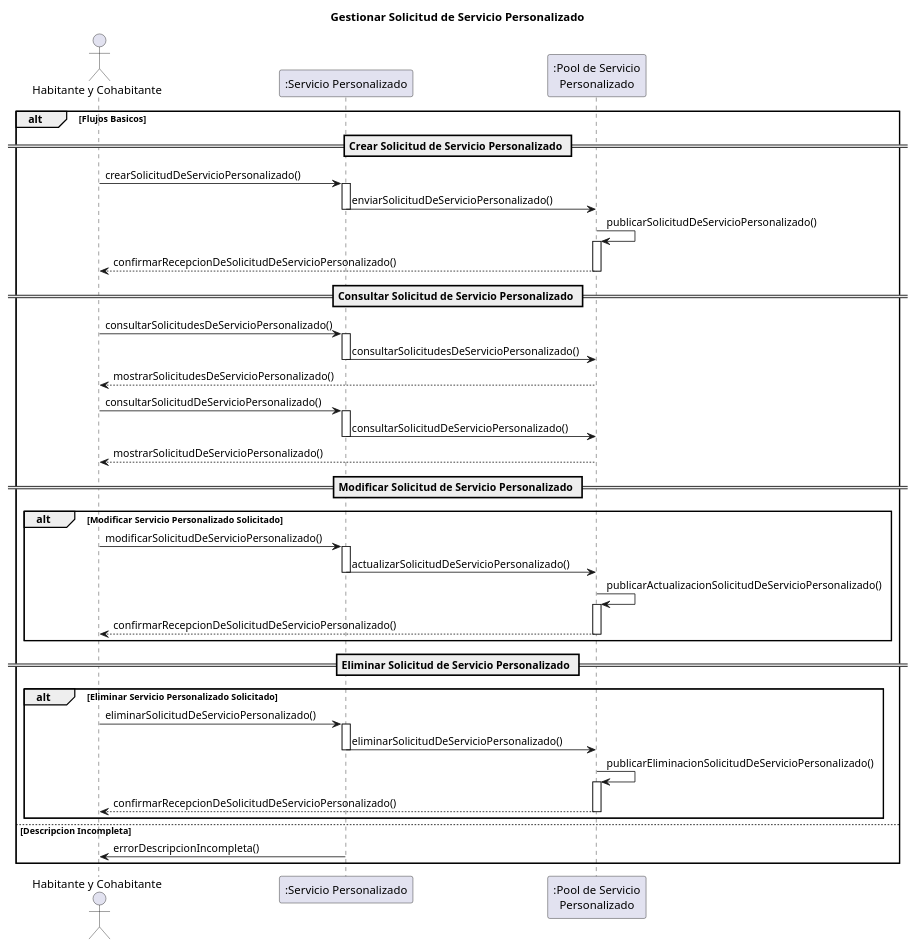
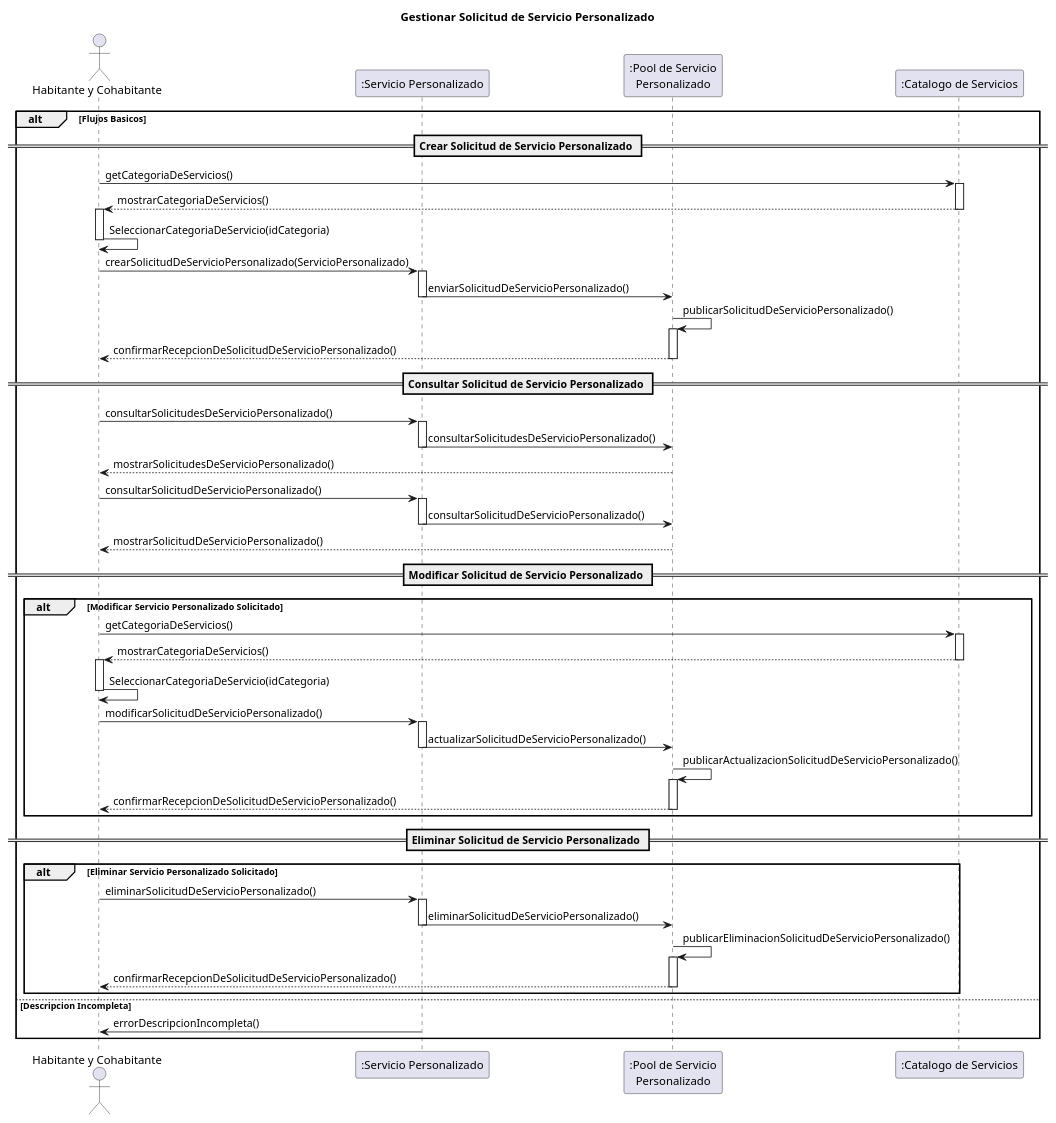
The diagram in docs/src/usecases/CU16/SD16.wsd (UPSA-Projects/docs-condominio), drawn with PlantUML before and after one commit. The commit also changed 4 other files, not shown here.

Commit message:
Crando el CD, pero problema con el habitante, ya que el no tiene como objecto la capacidad de crear

```diff
--- a/docs/src/usecases/CU16/SD16.wsd
+++ b/docs/src/usecases/CU16/SD16.wsd
@@ -1,69 +1,84 @@
 @startuml
 
 title Gestionar Solicitud de Servicio Personalizado
 
 actor "Habitante y Cohabitante" as Habitante
 
 participant ":Servicio Personalizado" as Servicio
 participant ":Pool de Servicio\nPersonalizado" as Pool
+participant ":Catalogo de Servicios" as Catalogo
 
 alt Flujos Basicos
 ' CREAR
     == Crear Solicitud de Servicio Personalizado ==
-    Habitante -> Servicio : crearSolicitudDeServicioPersonalizado()
+    Habitante -> Catalogo : getCategoriaDeServicios()
+    activate Catalogo
+    Catalogo --> Habitante : mostrarCategoriaDeServicios()
+    deactivate Catalogo
+    activate Habitante
+    Habitante -> Habitante : SeleccionarCategoriaDeServicio(idCategoria)
+    deactivate Habitante
+    Habitante -> Servicio : crearSolicitudDeServicioPersonalizado(ServicioPersonalizado)
     activate Servicio
     Servicio -> Pool : enviarSolicitudDeServicioPersonalizado()
     deactivate Servicio
     Pool -> Pool : publicarSolicitudDeServicioPersonalizado()
     activate Pool
     Pool --> Habitante : confirmarRecepcionDeSolicitudDeServicioPersonalizado()
     deactivate Pool
 
     ' QUERY
     == Consultar Solicitud de Servicio Personalizado ==
     Habitante -> Servicio : consultarSolicitudesDeServicioPersonalizado()
     activate Servicio
     Servicio -> Pool : consultarSolicitudesDeServicioPersonalizado()
     deactivate Servicio
     Pool --> Habitante : mostrarSolicitudesDeServicioPersonalizado()
     deactivate Pool
 
     Habitante -> Servicio : consultarSolicitudDeServicioPersonalizado()
     activate Servicio
     Servicio -> Pool : consultarSolicitudDeServicioPersonalizado()
     deactivate Servicio
     Pool --> Habitante : mostrarSolicitudDeServicioPersonalizado()
     deactivate Pool
 
 
 
     ' CAMINOS ALTERNATIVO
     == Modificar Solicitud de Servicio Personalizado ==
     alt Modificar Servicio Personalizado Solicitado
+        Habitante -> Catalogo : getCategoriaDeServicios()
+        activate Catalogo
+        Catalogo --> Habitante : mostrarCategoriaDeServicios()
+        deactivate Catalogo
+        activate Habitante
+        Habitante -> Habitante : SeleccionarCategoriaDeServicio(idCategoria)
+        deactivate Habitante
         Habitante -> Servicio : modificarSolicitudDeServicioPersonalizado()
         activate Servicio
         Servicio -> Pool : actualizarSolicitudDeServicioPersonalizado()
         deactivate Servicio
         Pool -> Pool : publicarActualizacionSolicitudDeServicioPersonalizado()
         activate Pool
         Pool --> Habitante : confirmarRecepcionDeSolicitudDeServicioPersonalizado()
         deactivate Pool
     end
 
     == Eliminar Solicitud de Servicio Personalizado ==
     alt Eliminar Servicio Personalizado Solicitado
         Habitante -> Servicio : eliminarSolicitudDeServicioPersonalizado()
         activate Servicio
         Servicio -> Pool : eliminarSolicitudDeServicioPersonalizado()
         deactivate Servicio
         Pool -> Pool : publicarEliminacionSolicitudDeServicioPersonalizado()
         activate Pool
         Pool --> Habitante : confirmarRecepcionDeSolicitudDeServicioPersonalizado()
         deactivate Pool
     end
 else Descripcion Incompleta
     Servicio -> Habitante : errorDescripcionIncompleta()
 end
 
 
 @enduml
```
